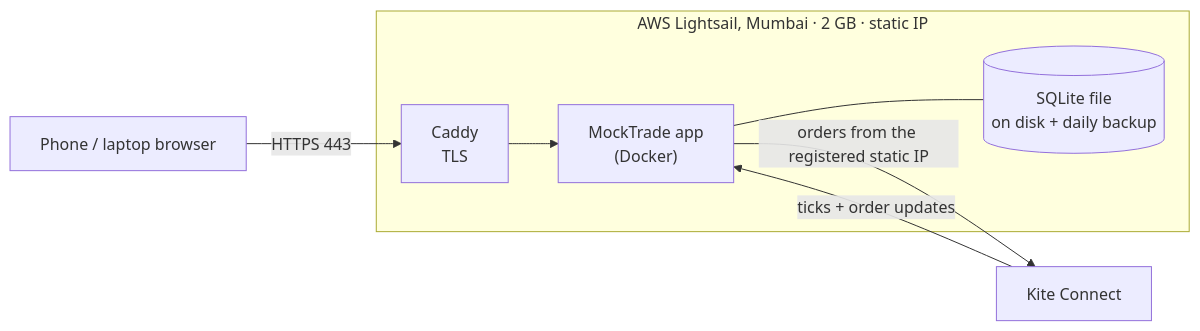
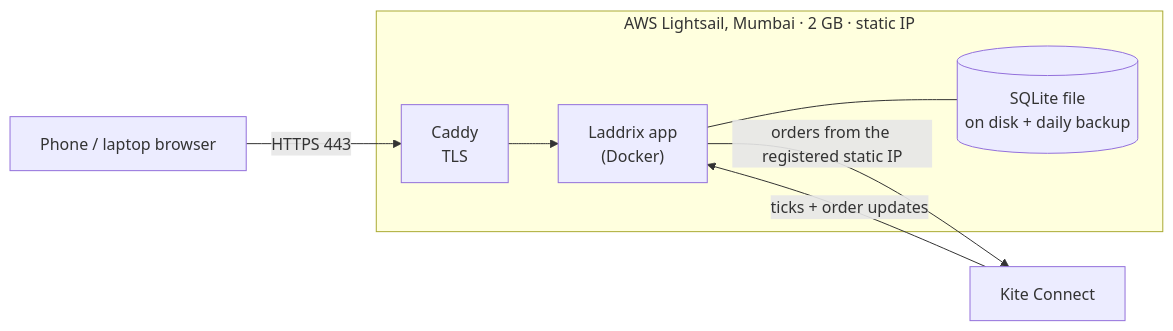
Before and after one commit to ayushsharma05/Laddrix: the fifth of 5 diagrams in docs/design/kite-architecture.md, drawn with Mermaid. The commit also changed other lines of this file and 750 other files, not shown here.

First line of the commit message:
Rename the product: MockTrade becomes Laddrix, with a logo (#457)

````diff
--- a/docs/design/kite-architecture.md
+++ b/docs/design/kite-architecture.md
@@ -299,10 +299,10 @@
 ```mermaid
 flowchart LR
     Phone["Phone / laptop browser"] -- "HTTPS 443" --> Caddy
     subgraph VM["AWS Lightsail, Mumbai · 2 GB · static IP"]
-        Caddy["Caddy<br/>TLS"] --> App["MockTrade app<br/>(Docker)"]
+        Caddy["Caddy<br/>TLS"] --> App["Laddrix app<br/>(Docker)"]
         App --- DB[("SQLite file<br/>on disk + daily backup")]
     end
     App -- "orders from the registered static IP" --> Kite["Kite Connect"]
     Kite -- "ticks + order updates" --> App
 ```
````
